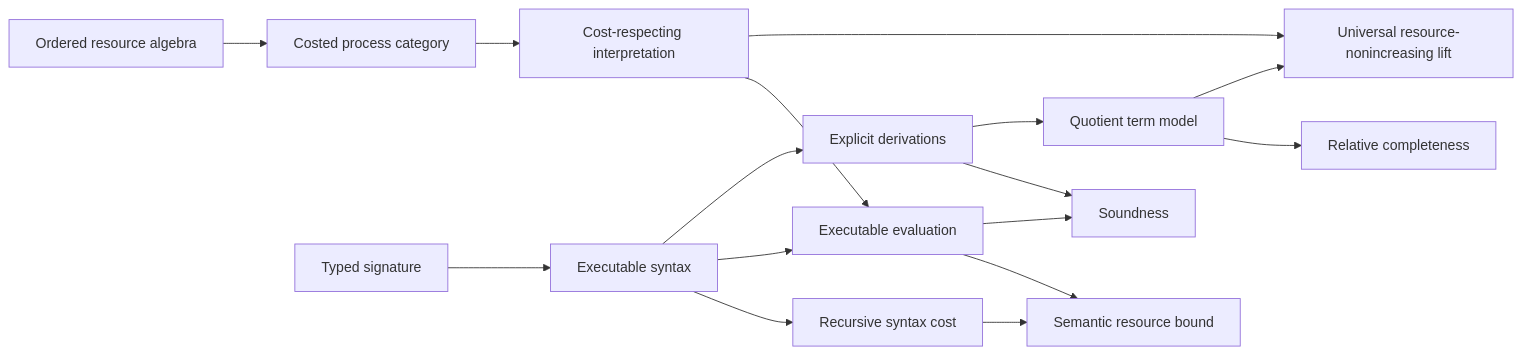
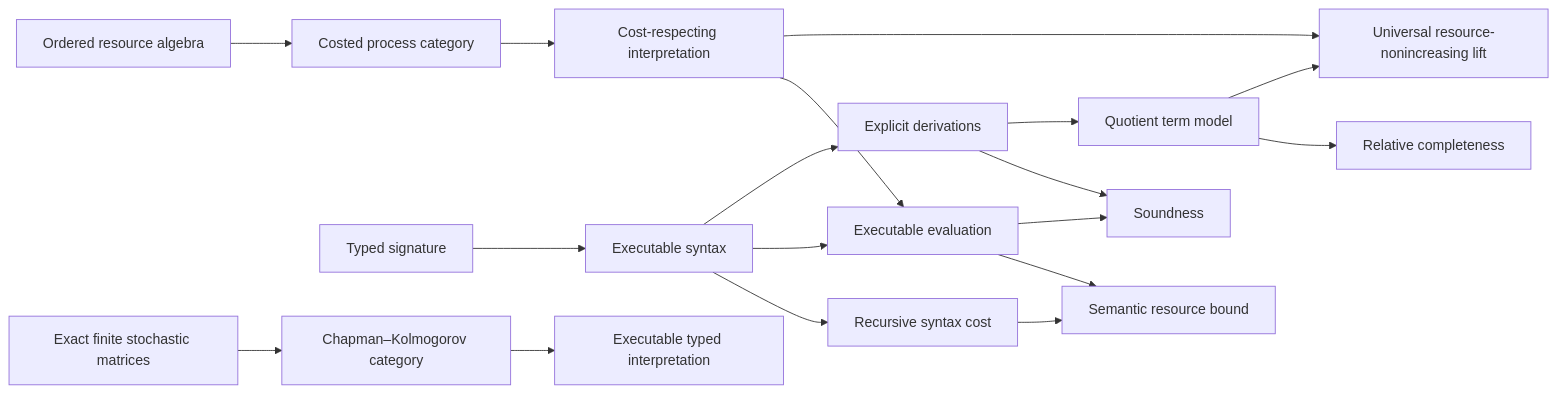
The diagram in README.md (miuchan/ript), drawn with Mermaid before and after one commit. The commit also changed other lines of this file and 12 other files, not shown here.

Commit message:
Implement exact finite stochastic channels (#3)

````diff
--- a/README.md
+++ b/README.md
@@ -213,18 +231,20 @@
 ```mermaid
 flowchart LR
   R["Ordered resource algebra"] --> C["Costed process category"]
   S["Typed signature"] --> X["Executable syntax"]
   X --> K["Recursive syntax cost"]
   C --> I["Cost-respecting interpretation"]
   X --> E["Executable evaluation"]
   I --> E
   K --> B["Semantic resource bound"]
   E --> B
   X --> D["Explicit derivations"]
   D --> SO["Soundness"]
   E --> SO
   D --> T["Quotient term model"]
   T --> CO["Relative completeness"]
   I --> U["Universal resource-nonincreasing lift"]
   T --> U
+  F["Exact finite stochastic matrices"] --> CK["Chapman–Kolmogorov category"]
+  CK --> EX["Executable typed interpretation"]
 ```
````
